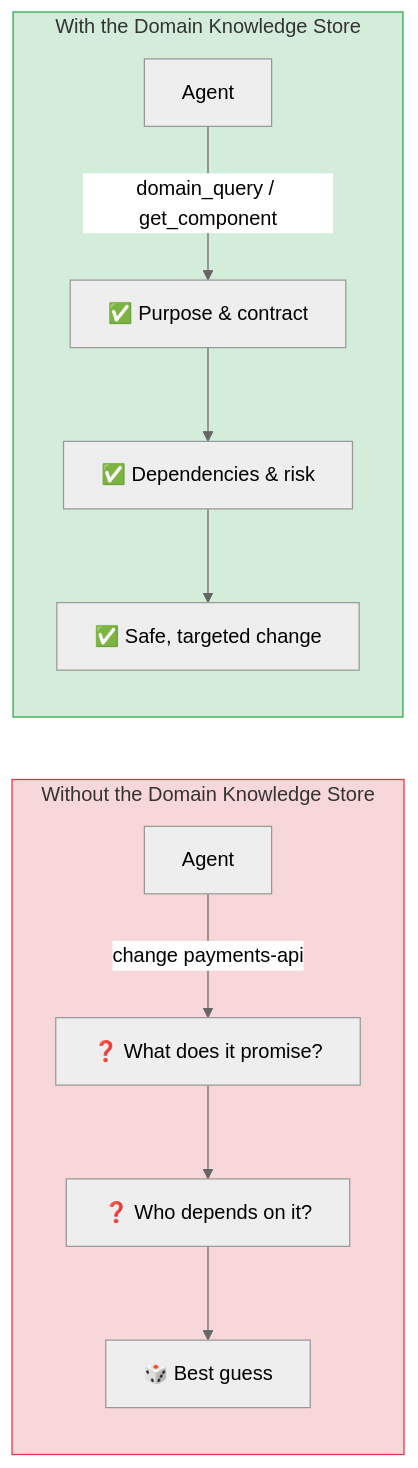
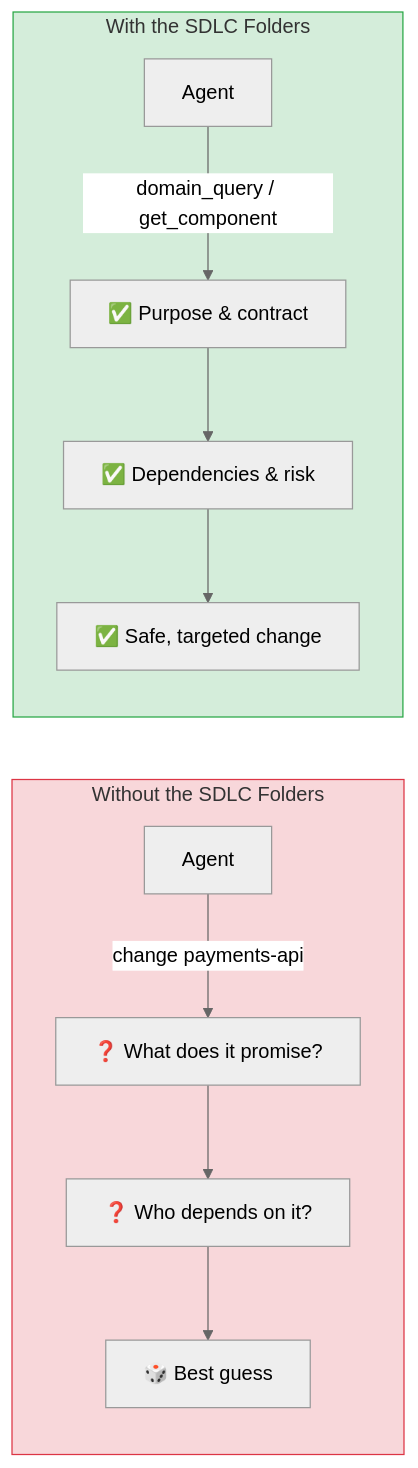
One commit to planifest/planifest-docs changed the second of 2 diagrams in planifest-docs/p002-planifest-product-concept.md. Above: the diagram before and after it, drawn with Mermaid (neutral theme). The commit also changed other lines of this file and 9 other files, not shown here.

Commit message:
Domain Knowledge Store is a roadmap item and not implemented in v1.0.

````diff
--- a/planifest-docs/p002-planifest-product-concept.md
+++ b/planifest-docs/p002-planifest-product-concept.md
@@ -76,19 +76,19 @@
 ```mermaid
 flowchart LR
-    subgraph WITHOUT["Without the Domain Knowledge Store"]
+    subgraph WITHOUT["Without the SDLC Folders"]
         direction TB
         A1["Agent"] -->|"change payments-api"| B1["❓ What does it promise?"]
         B1 --> C1["❓ Who depends on it?"]
         C1 --> D1["🎲 Best guess"]
     end
 
-    subgraph WITH["With the Domain Knowledge Store"]
+    subgraph WITH["With the SDLC Folders"]
         direction TB
         A2["Agent"] -->|"domain_query / get_component"| B2["✅ Purpose & contract"]
         B2 --> C2["✅ Dependencies & risk"]
         C2 --> D2["✅ Safe, targeted change"]
     end
 
     style WITHOUT fill:#f8d7da,stroke:#dc3545
     style WITH fill:#d4edda,stroke:#28a745
 ```
````
